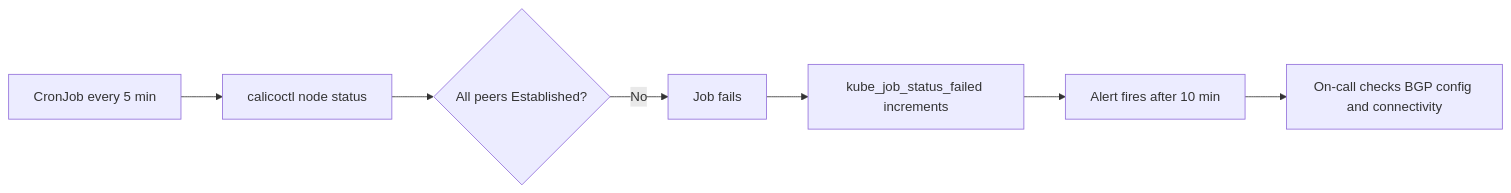
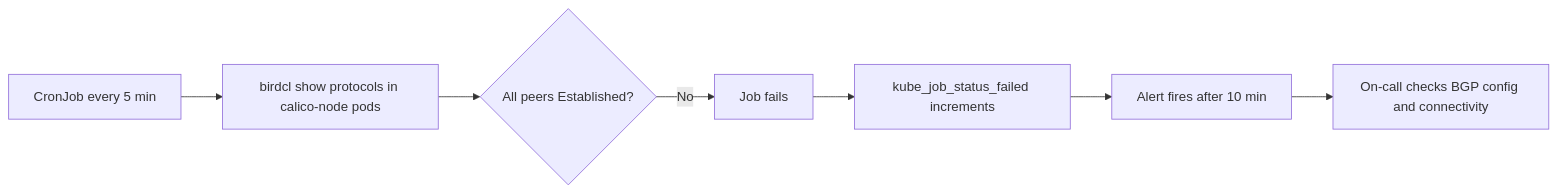
One commit to OneUptime/blog changed the diagram in posts/2026-03-13-monitor-bgp-peer-not-established-calico/README.md. Above: the diagram before and after it, drawn with Mermaid. The commit also changed other lines of this file and 2 other files, not shown here.

Commit message:
validate: 2026-03-13-monitor-bgp-peer-not-established-calico

````diff
--- a/posts/2026-03-13-monitor-bgp-peer-not-established-calico/README.md
+++ b/posts/2026-03-13-monitor-bgp-peer-not-established-calico/README.md
@@ -101,9 +142,9 @@
 ```mermaid
 flowchart LR
-    A[CronJob every 5 min] --> B[calicoctl node status]
+    A[CronJob every 5 min] --> B[birdcl show protocols in calico-node pods]
     B --> C{All peers Established?}
     C -- No --> D[Job fails]
     D --> E[kube_job_status_failed increments]
     E --> F[Alert fires after 10 min]
     F --> G[On-call checks BGP config and connectivity]
 ```
````
